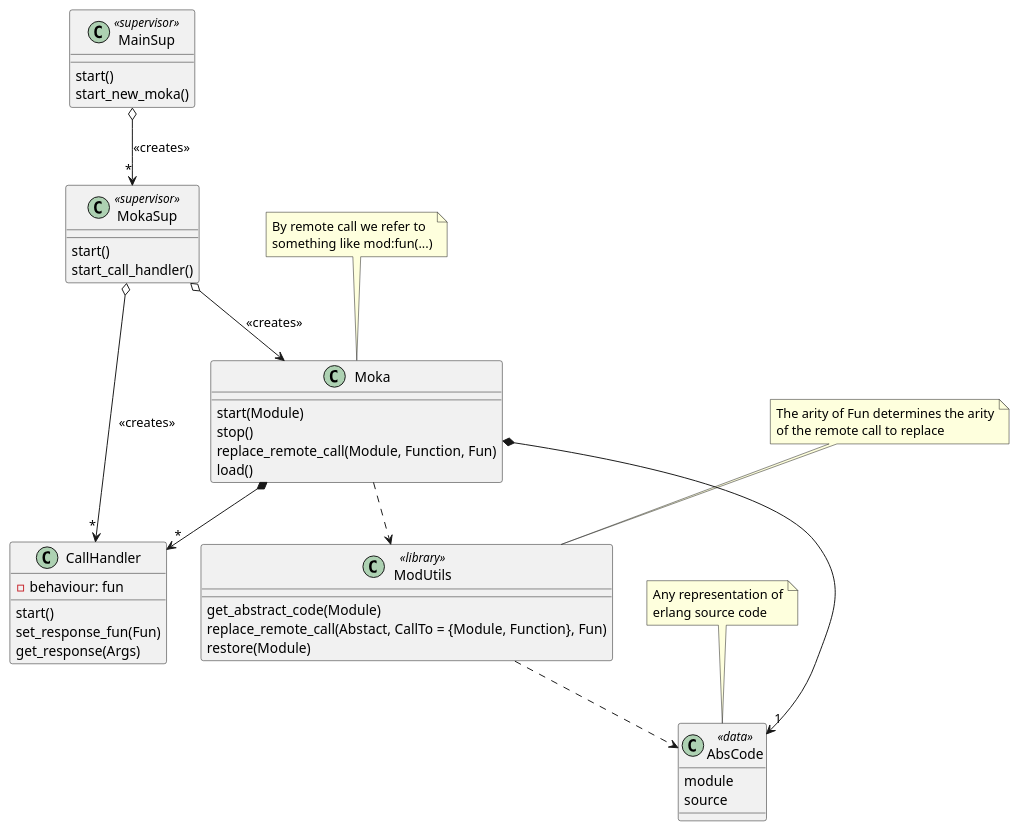
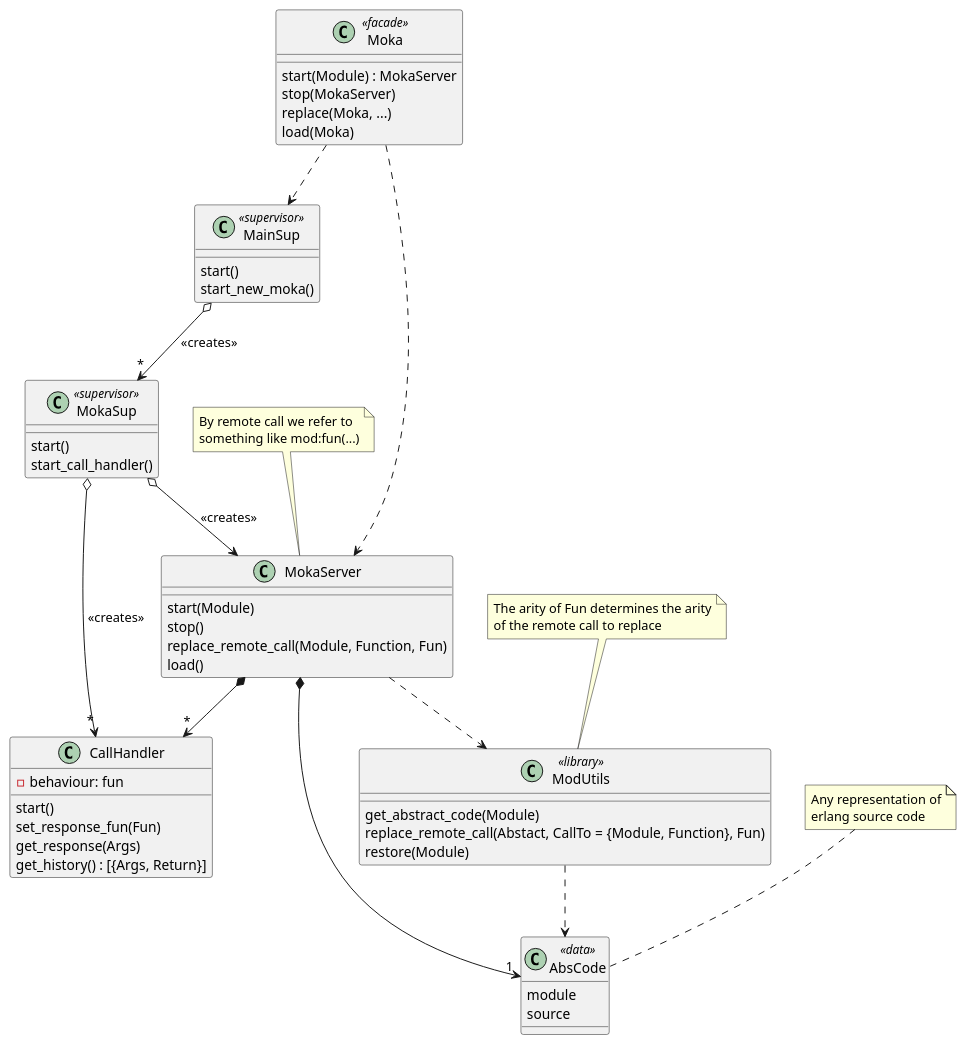
One commit to samuelrivas/moka changed the diagram in doc/design/classes.puml. Above: the diagram before and after it, drawn with PlantUML.

Commit message:
DOC update the class diagram with the state requirements

```diff
--- a/doc/design/classes.puml
+++ b/doc/design/classes.puml
@@ -1,57 +1,68 @@
 @startuml
 
-class Moka {
+class Moka <<facade>> {
+  start(Module) : MokaServer
+  stop(MokaServer)
+  replace(Moka, ...)
+  load(Moka)
+}
+
+class MokaServer {
 
   start(Module)
   stop()
   replace_remote_call(Module, Function, Fun)
   load()
 }
 
 note "By remote call we refer to\nsomething like mod:fun(...)" as M1
-M1 .. Moka
+M1 .. MokaServer
 
 class ModUtils <<library>> {
   get_abstract_code(Module)
   replace_remote_call(Abstact, CallTo = {Module, Function}, Fun)
   restore(Module)
 }
 
 note "The arity of Fun determines the arity\nof the remote call to replace" as M2
 
 M2 .. ModUtils
 
 class AbsCode <<data>> {
   module
   source
 }
 
 class CallHandler {
   - behaviour: fun
 
   start()
   set_response_fun(Fun)
   get_response(Args)
+  get_history() : [{Args, Return}]
 }
 note "Any representation of\nerlang source code" as M3
 M3 .. AbsCode
 
 class MainSup <<supervisor>> {
   start()
   start_new_moka()
 }
 class MokaSup <<supervisor>> {
   start()
   start_call_handler()
 }
 
-Moka *--> "*" CallHandler
-Moka *--> "1" AbsCode
-Moka ..> ModUtils
+Moka ..> MainSup
+Moka ..> MokaServer
+
+MokaServer *--> "*" CallHandler
+MokaServer *--> "1" AbsCode
+MokaServer ..> ModUtils
 ModUtils ..> AbsCode
 
 MainSup o--> "*" MokaSup : <<creates>>
-MokaSup o--> Moka : <<creates>>
+MokaSup o--> MokaServer : <<creates>>
 MokaSup o--> "*" CallHandler  : <<creates>>
 
 @enduml
```
